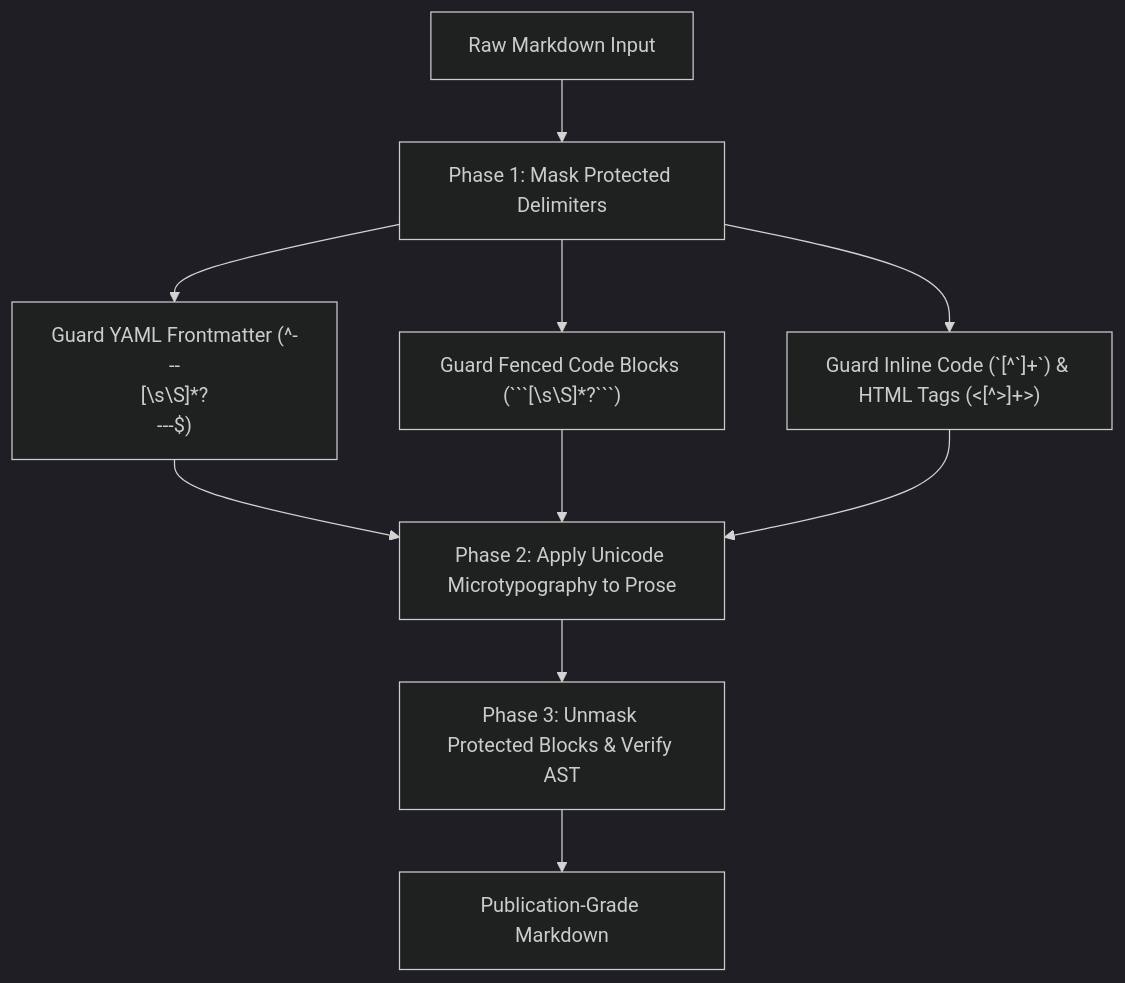
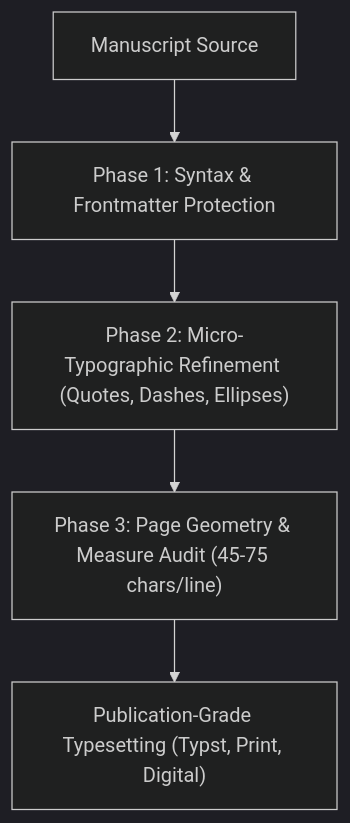
The first of 2 diagrams in docs/TYPOGRAPHY.md (aryansinghnagar/Ars-Arcanum), drawn with Mermaid (dark theme) before and after one commit. The commit also changed other lines of this file and 12 other files, not shown here.

First line of the commit message:
docs: transform pruned engine specifications into author craft masterclasses

````diff
--- a/docs/TYPOGRAPHY.md
+++ b/docs/TYPOGRAPHY.md
@@ -111,11 +15,7 @@
 ```mermaid
 flowchart TD
-    Raw["Raw Markdown Input"] --> MaskPass["Phase 1: Mask Protected Delimiters"]
-    MaskPass --> Guard1["Guard YAML Frontmatter (^---\n[\s\S]*?\n---$)"]
-    MaskPass --> Guard2["Guard Fenced Code Blocks (```[\s\S]*?```)"]
-    MaskPass --> Guard3["Guard Inline Code (`[^`]+`) & HTML Tags (<[^>]+>)"]
-    
-    Guard1 & Guard2 & Guard3 --> ProseEngine["Phase 2: Apply Unicode Microtypography to Prose"]
-    ProseEngine --> UnmaskPass["Phase 3: Unmask Protected Blocks & Verify AST"]
-    UnmaskPass --> Output["Publication-Grade Markdown"]
+    Raw["Manuscript Source"] --> Mask["Phase 1: Syntax & Frontmatter Protection"]
+    Mask --> Transform["Phase 2: Micro-Typographic Refinement (Quotes, Dashes, Ellipses)"]
+    Transform --> Geometry["Phase 3: Page Geometry & Measure Audit (45-75 chars/line)"]
+    Geometry --> Output["Publication-Grade Typesetting (Typst, Print, Digital)"]
 ```
````
